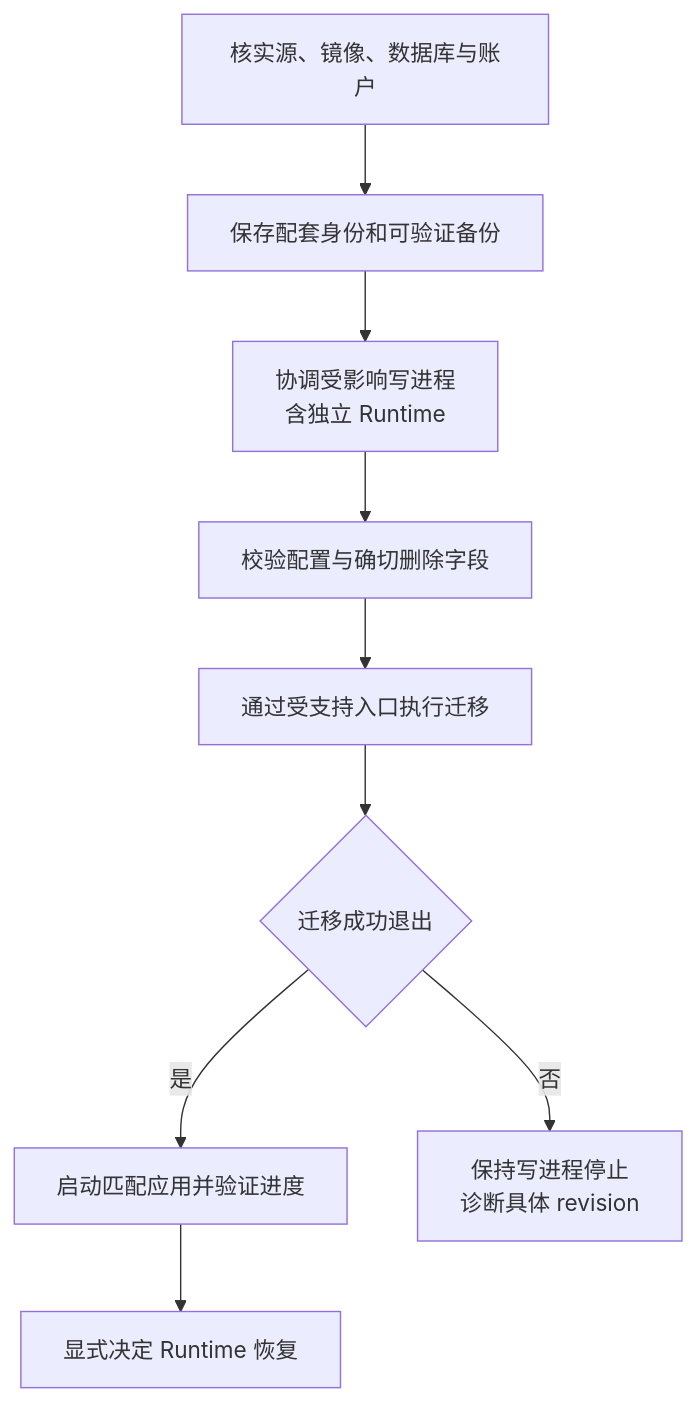
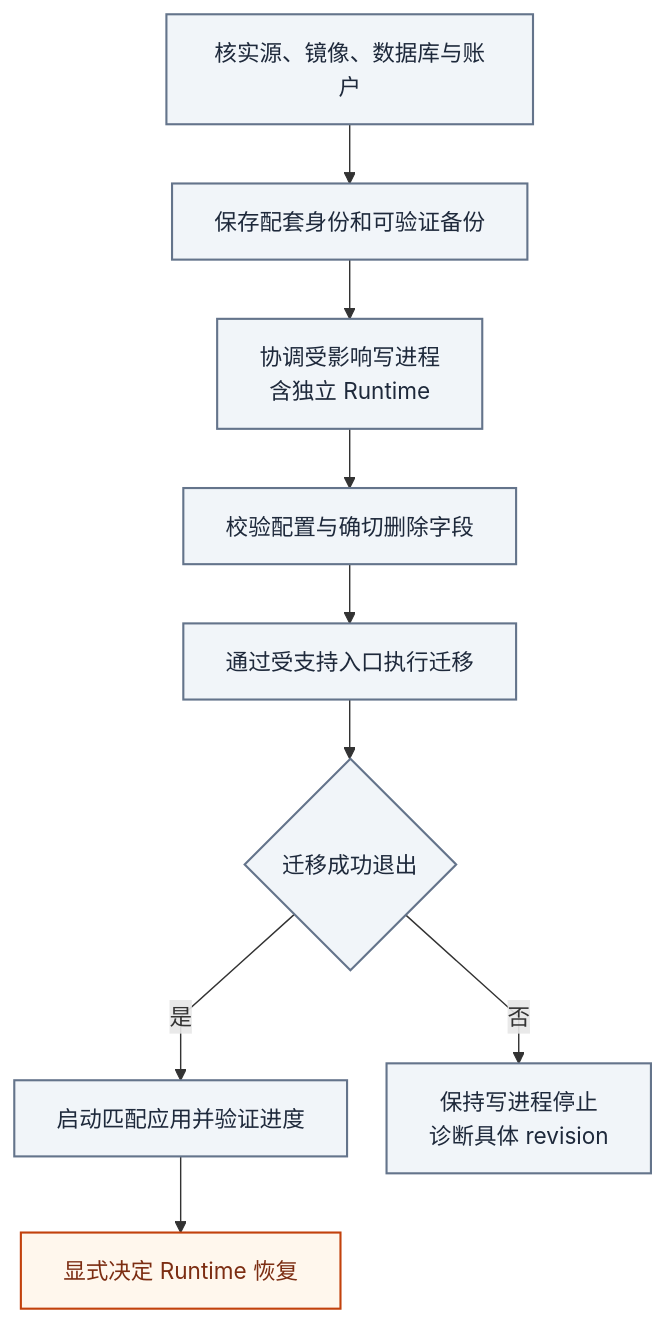
Before and after one commit to AnalyThothAI/tracefold: the diagram in docs/MIGRATIONS.md, drawn with Mermaid. The commit also changed other lines of this file and 19 other files, not shown here.

Commit message:
docs: unify Chinese handbook design and architecture diagrams

````diff
--- a/docs/MIGRATIONS.md
+++ b/docs/MIGRATIONS.md
@@ -25,11 +39,29 @@
 ```mermaid
+---
+config:
+  fontFamily: "system-ui, Noto Sans CJK SC, Microsoft YaHei, WenQuanYi Zen Hei, sans-serif"
+  flowchart:
+    curve: linear
+    nodeSpacing: 28
+    rankSpacing: 42
+---
 flowchart TD
+    accTitle: 协调数据库升级
+    accDescr: 先确认版本、备份与账户，再协调写进程和校验配置。迁移成功后恢复匹配应用，独立决定 Runtime 恢复；失败时保持写进程停止。
     Inspect["核实源、镜像、数据库与账户"] --> Backup["保存配套身份和可验证备份"]
     Backup --> Writers["协调受影响写进程<br/>含独立 Runtime"]
     Writers --> Config["校验配置与确切删除字段"]
     Config --> Migrate["通过受支持入口执行迁移"]
     Migrate --> Success{"迁移成功退出"}
     Success -->|"是"| Start["启动匹配应用并验证进度"]
     Success -->|"否"| Diagnose["保持写进程停止<br/>诊断具体 revision"]
     Start --> Runtime["显式决定 Runtime 恢复"]
+
+    classDef news fill:#ecfdf5,stroke:#0f766e,color:#134e4a,stroke-width:1.5px
+    classDef research fill:#eef2ff,stroke:#6366f1,color:#312e81,stroke-width:1.5px
+    classDef execution fill:#fff7ed,stroke:#c2410c,color:#7c2d12,stroke-width:1.5px
+    classDef store fill:#f1f5f9,stroke:#64748b,color:#1e293b,stroke-width:1.5px
+    classDef external fill:#f8fafc,stroke:#94a3b8,color:#334155,stroke-dasharray:4 3
+class Inspect,Backup,Writers,Config,Migrate,Success,Start,Diagnose store;
+class Runtime execution;
 ```
````
